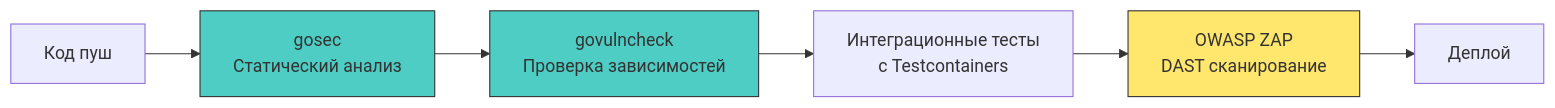
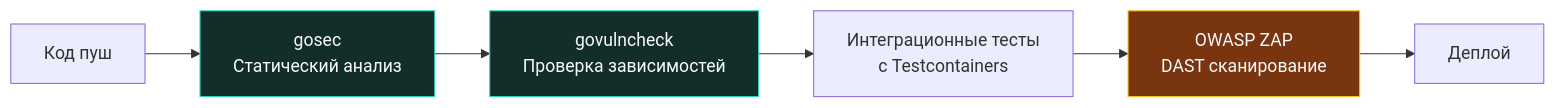
Before and after one commit to UnrealTemplier/go-textbook: the third of 3 diagrams in sources/17. Безопасность (AppSec в Go)/01. Фундамент/3. OWASP Top 10 для backend разработчика.md, drawn with Mermaid. The commit also changed other lines of this file and 310 other files, not shown here.

First line of the commit message:
fix(mermaid): replace light fill colors with dark palette for readability on dark theme

````diff
--- a/sources/17. Безопасность (AppSec в Go)/01. Фундамент/3. OWASP Top 10 для backend разработчика.md
+++ b/sources/17. Безопасность (AppSec в Go)/01. Фундамент/3. OWASP Top 10 для backend разработчика.md
@@ -313,12 +313,12 @@
 ```mermaid
 flowchart LR
     A["Код пуш"] --> B["gosec<br>Статический анализ"]
     B --> C["govulncheck<br>Проверка зависимостей"]
     C --> D["Интеграционные тесты<br>с Testcontainers"]
     D --> E["OWASP ZAP<br>DAST сканирование"]
     E --> F["Деплой"]
     
-    style B fill:#4ecdc4,stroke:#333
-    style C fill:#4ecdc4,stroke:#333
-    style E fill:#ffe66d,stroke:#333
+    style B fill:#132d29,stroke:#2dd4bf,color:#f8fafc
+    style C fill:#132d29,stroke:#2dd4bf,color:#f8fafc
+    style E fill:#78350f,stroke:#fbbf24,color:#f8fafc
 ```
````
